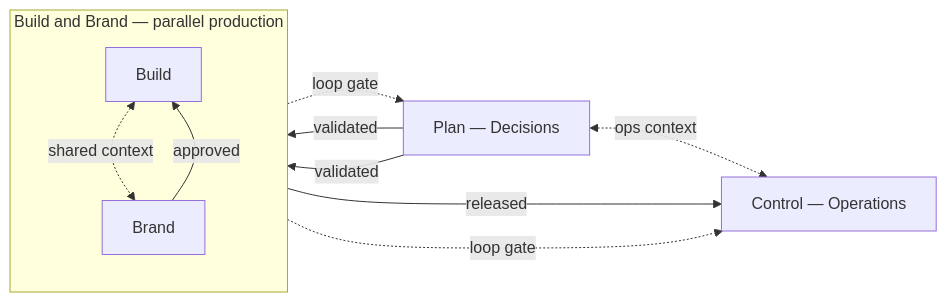
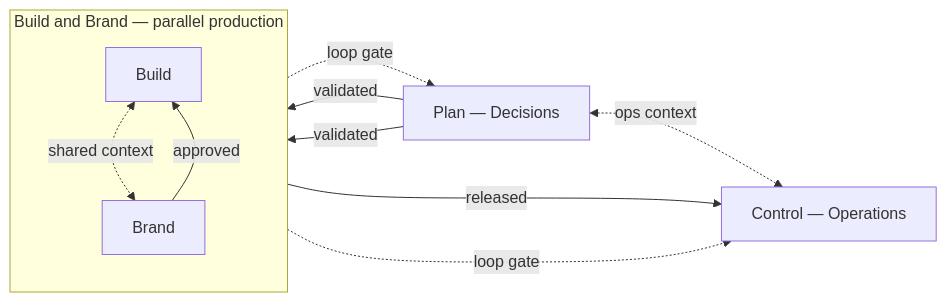
The first of 2 diagrams in docs/architecture.md (luckgrid/wfos), drawn with Mermaid before and after one commit.

Commit message:
Preserve workstream diagram column order

````diff
--- a/docs/architecture.md
+++ b/docs/architecture.md
@@ -70,18 +70,23 @@
 ```mermaid
 flowchart LR
   Plan[Plan — Decisions]
   subgraph Prod [Build and Brand — parallel production]
     direction TB
     Build[Build]
     Brand[Brand]
     Build <-.->|shared context| Brand
     Brand -->|approved| Build
   end
   Control[Control — Operations]
   Plan -->|validated| Build
   Plan -->|validated| Brand
   Build -->|released| Control
+
+  %% Invisible ordering links preserve Plan → production → Control columns.
+  Plan ~~~ Prod
+  Prod ~~~ Control
+
   Plan <-.->|ops context| Control
   Prod -.->|loop gate| Plan
   Prod -.->|loop gate| Control
 ```
````
